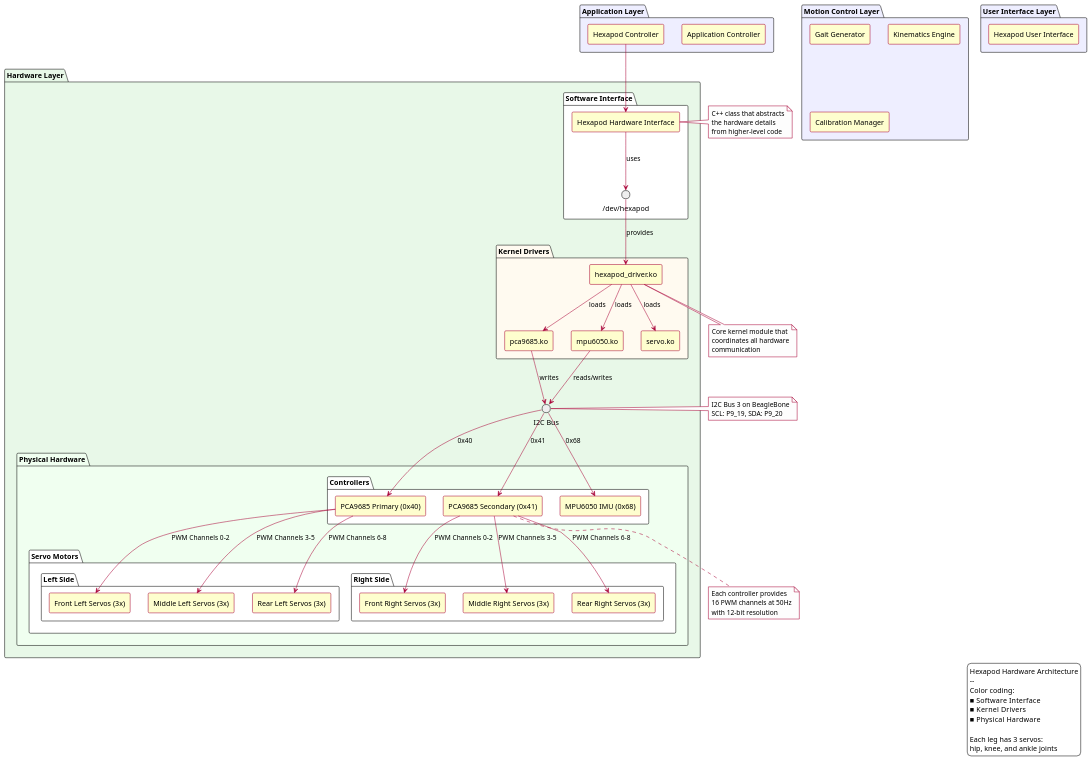
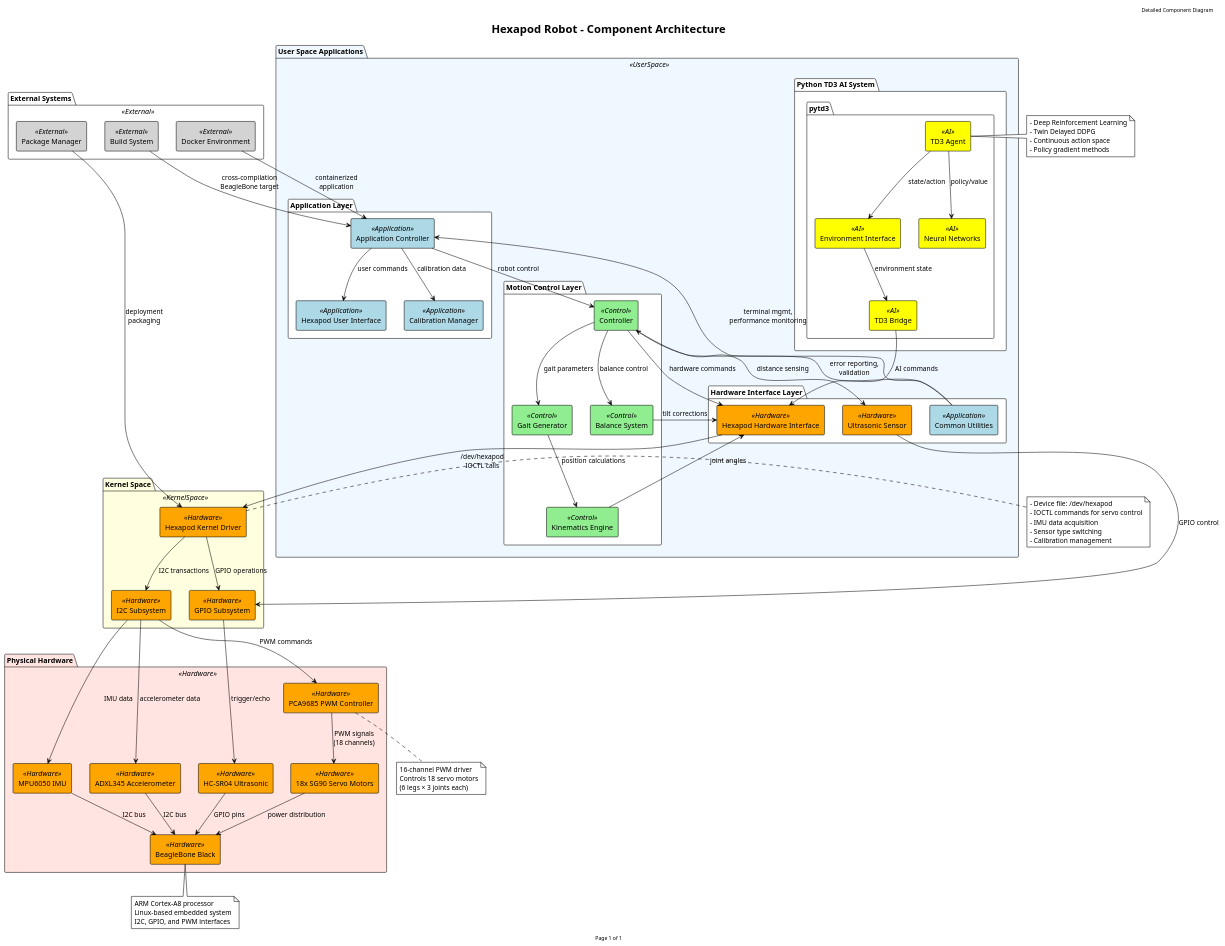
The diagram in docs/diagrams/src/component.puml (NguyenTrongPhuc552003/reinforcement-automative-hexapod), drawn with PlantUML before and after one commit.

```diff
--- a/docs/diagrams/src/component.puml
+++ b/docs/diagrams/src/component.puml
@@ -20,143 +20,150 @@
 @startuml component
-
 !theme plain
-skinparam {
-    componentStyle rectangle
-    componentBackgroundColor #FEFECE
-    componentBorderColor #A80036
-    DatabaseBackgroundColor #EEEEEE
-    interfaceBackgroundColor #EEEEEE
-    ArrowColor #A80036
-    NoteBorderColor #A80036
-    NoteBorderThickness 1
-    NoteBackgroundColor #FDFDFD
-    defaultFontName Arial
-    shadowing false
+skinparam componentStyle rectangle
+skinparam backgroundColor White
+skinparam component {
+    BackgroundColor<<Application>> LightBlue
+    BackgroundColor<<Control>> LightGreen
+    BackgroundColor<<Hardware>> Orange
+    BackgroundColor<<AI>> Yellow
+    BackgroundColor<<External>> LightGray
+}
+skinparam package {
+    BackgroundColor<<UserSpace>> AliceBlue
+    BackgroundColor<<KernelSpace>> LightYellow
+    BackgroundColor<<Hardware>> MistyRose
 }
 
-' Package definitions for other layers (simplified)
-package "User Interface Layer" #EEEEFF {
-    [Hexapod User Interface] as UI
+title Hexapod Robot - Component Architecture
+header Detailed Component Diagram
+footer Page 1 of 1
+
+package "User Space Applications" <<UserSpace>> {
+    
+    package "Application Layer" {
+        component [Application Controller] <<Application>> as AppCtrl
+        component [Hexapod User Interface] <<Application>> as UI
+        component [Calibration Manager] <<Application>> as CalMgr
+    }
+    
+    package "Motion Control Layer" {
+        component [Gait Generator] <<Control>> as GaitGen
+        component [Kinematics Engine] <<Control>> as KinematicsEng
+        component [Balance System] <<Control>> as BalSys
+        component [Controller] <<Control>> as Ctrl
+    }
+    
+    package "Hardware Interface Layer" {
+        component [Hexapod Hardware Interface] <<Hardware>> as HexHW
+        component [Ultrasonic Sensor] <<Hardware>> as USSensor
+        component [Common Utilities] <<Application>> as CommonUtil
+    }
+    
+    package "Python TD3 AI System" {
+        package "pytd3" {
+            component [TD3 Agent] <<AI>> as TD3Agent
+            component [Environment Interface] <<AI>> as EnvInterface
+            component [Neural Networks] <<AI>> as NeuralNets
+            component [TD3 Bridge] <<AI>> as TD3Bridge
+        }
+    }
 }
 
-package "Application Layer" #EEEEFF {
-    [Application Controller] as App
-    [Hexapod Controller] as Controller
+package "Kernel Space" <<KernelSpace>> {
+    component [Hexapod Kernel Driver] <<Hardware>> as KernelDriver
+    component [I2C Subsystem] <<Hardware>> as I2C
+    component [GPIO Subsystem] <<Hardware>> as GPIO
 }
 
-package "Motion Control Layer" #EEEEFF {
-    [Gait Generator] as Gait
-    [Kinematics Engine] as Kinematics
-    [Calibration Manager] as Calibration
+package "Physical Hardware" <<Hardware>> {
+    component [BeagleBone Black] <<Hardware>> as BBB
+    component [PCA9685 PWM Controller] <<Hardware>> as PCA9685
+    component [MPU6050 IMU] <<Hardware>> as MPU6050
+    component [ADXL345 Accelerometer] <<Hardware>> as ADXL345
+    component [HC-SR04 Ultrasonic] <<Hardware>> as HCSR04
+    component [18x SG90 Servo Motors] <<Hardware>> as Servos
 }
 
-' Hardware Layer - Enhanced and improved
-package "Hardware Layer" #E8F8E8 {
-    ' Software components
-    package "Software Interface" #FFFFFF {
-        [Hexapod Hardware Interface] as HexapodIF
-        interface "/dev/hexapod" as DevNode
-    }
-    
-    ' Kernel driver subsystem
-    package "Kernel Drivers" #FFFAF0 {
-        [hexapod_driver.ko] as MainDriver
-        [pca9685.ko] as PWMDriver
-        [mpu6050.ko] as IMUDriver
-        [servo.ko] as ServoDriver
-    }
-    
-    ' Physical hardware components
-    package "Physical Hardware" #F0FFF0 {
-        ' Controllers
-        package "Controllers" #FFFFFF {
-            [PCA9685 Primary (0x40)] as PWM1
-            [PCA9685 Secondary (0x41)] as PWM2
-            [MPU6050 IMU (0x68)] as IMU
-        }
-        
-        ' Servo motors organized by leg
-        package "Servo Motors" #FFFFFF {
-            package "Left Side" {
-                [Front Left Servos (3x)] as FL
-                [Middle Left Servos (3x)] as ML
-                [Rear Left Servos (3x)] as RL
-            }
-            package "Right Side" {
-                [Front Right Servos (3x)] as FR
-                [Middle Right Servos (3x)] as MR
-                [Rear Right Servos (3x)] as RR
-            }
-        }
-    }
-    
-    ' I2C Bus interface
-    interface "I2C Bus" as I2CBus
+package "External Systems" <<External>> {
+    component [Docker Environment] <<External>> as Docker
+    component [Build System] <<External>> as BuildSys
+    component [Package Manager] <<External>> as PkgMgr
 }
 
-' Connections between hardware components
-' Application to driver interface
-Controller --> HexapodIF
-HexapodIF --> DevNode : uses
-DevNode --> MainDriver : provides
+' Application Layer Connections
+AppCtrl --> UI : "user commands"
+AppCtrl --> Ctrl : "robot control"
+AppCtrl --> CalMgr : "calibration data"
 
-' Driver hierarchy
-MainDriver --> PWMDriver : loads
-MainDriver --> IMUDriver : loads
-MainDriver --> ServoDriver : loads
+' Control Layer Connections
+Ctrl --> GaitGen : "gait parameters"
+Ctrl --> BalSys : "balance control"
+Ctrl --> HexHW : "hardware commands"
+GaitGen --> KinematicsEng : "position calculations"
+KinematicsEng --> HexHW : "joint angles"
+BalSys --> HexHW : "tilt corrections"
 
-' I2C communications
-PWMDriver --> I2CBus : writes
-IMUDriver --> I2CBus : reads/writes
+' Hardware Interface Connections
+HexHW --> KernelDriver : "/dev/hexapod\nIOCTL calls"
+USSensor --> GPIO : "GPIO control"
+Ctrl --> USSensor : "distance sensing"
 
-' Hardware connections
-I2CBus --> PWM1 : 0x40
-I2CBus --> PWM2 : 0x41
-I2CBus --> IMU : 0x68
+' AI System Connections
+TD3Agent --> EnvInterface : "state/action"
+TD3Agent --> NeuralNets : "policy/value"
+TD3Bridge --> HexHW : "AI commands"
+EnvInterface --> TD3Bridge : "environment state"
 
-' PWM Controllers to servos
-PWM1 --> FL : "PWM Channels 0-2"
-PWM1 --> ML : "PWM Channels 3-5"
-PWM1 --> RL : "PWM Channels 6-8"
-PWM2 --> FR : "PWM Channels 0-2"
-PWM2 --> MR : "PWM Channels 3-5"
-PWM2 --> RR : "PWM Channels 6-8"
+' Kernel Connections
+KernelDriver --> I2C : "I2C transactions"
+KernelDriver --> GPIO : "GPIO operations"
+I2C --> PCA9685 : "PWM commands"
+I2C --> MPU6050 : "IMU data"
+I2C --> ADXL345 : "accelerometer data"
+GPIO --> HCSR04 : "trigger/echo"
 
-' Notes for clarity
-note right of HexapodIF
-  C++ class that abstracts
-  the hardware details
-  from higher-level code
+' Hardware Connections
+PCA9685 --> Servos : "PWM signals\n(18 channels)"
+MPU6050 --> BBB : "I2C bus"
+ADXL345 --> BBB : "I2C bus"
+HCSR04 --> BBB : "GPIO pins"
+Servos --> BBB : "power distribution"
+
+' External System Connections
+Docker --> AppCtrl : "containerized\napplication"
+BuildSys --> AppCtrl : "cross-compilation\nBeagleBone target"
+PkgMgr --> KernelDriver : "deployment\npackaging"
+
+' Common Utilities Connections
+CommonUtil --> AppCtrl : "terminal mgmt,\nperformance monitoring"
+CommonUtil --> Ctrl : "error reporting,\nvalidation"
+
+' Notes for key components
+note right of KernelDriver
+  - Device file: /dev/hexapod
+  - IOCTL commands for servo control
+  - IMU data acquisition
+  - Sensor type switching
+  - Calibration management
 end note
 
-note bottom of MainDriver
-  Core kernel module that
-  coordinates all hardware
-  communication
+note right of TD3Agent
+  - Deep Reinforcement Learning
+  - Twin Delayed DDPG
+  - Continuous action space
+  - Policy gradient methods
 end note
 
-note right of I2CBus
-  I2C Bus 3 on BeagleBone
-  SCL: P9_19, SDA: P9_20
+note bottom of PCA9685
+  16-channel PWM driver
+  Controls 18 servo motors
+  (6 legs × 3 joints each)
 end note
 
-note bottom of PWM2
-  Each controller provides
-  16 PWM channels at 50Hz
-  with 12-bit resolution
+note bottom of BBB
+  ARM Cortex-A8 processor
+  Linux-based embedded system
+  I2C, GPIO, and PWM interfaces
 end note
 
-' Legend
-legend right
-  Hexapod Hardware Architecture
-  --
-  Color coding:
-  ■ Software Interface
-  ■ Kernel Drivers
-  ■ Physical Hardware  
-  
-  Each leg has 3 servos: 
-  hip, knee, and ankle joints
-endlegend
-
 @enduml
```
